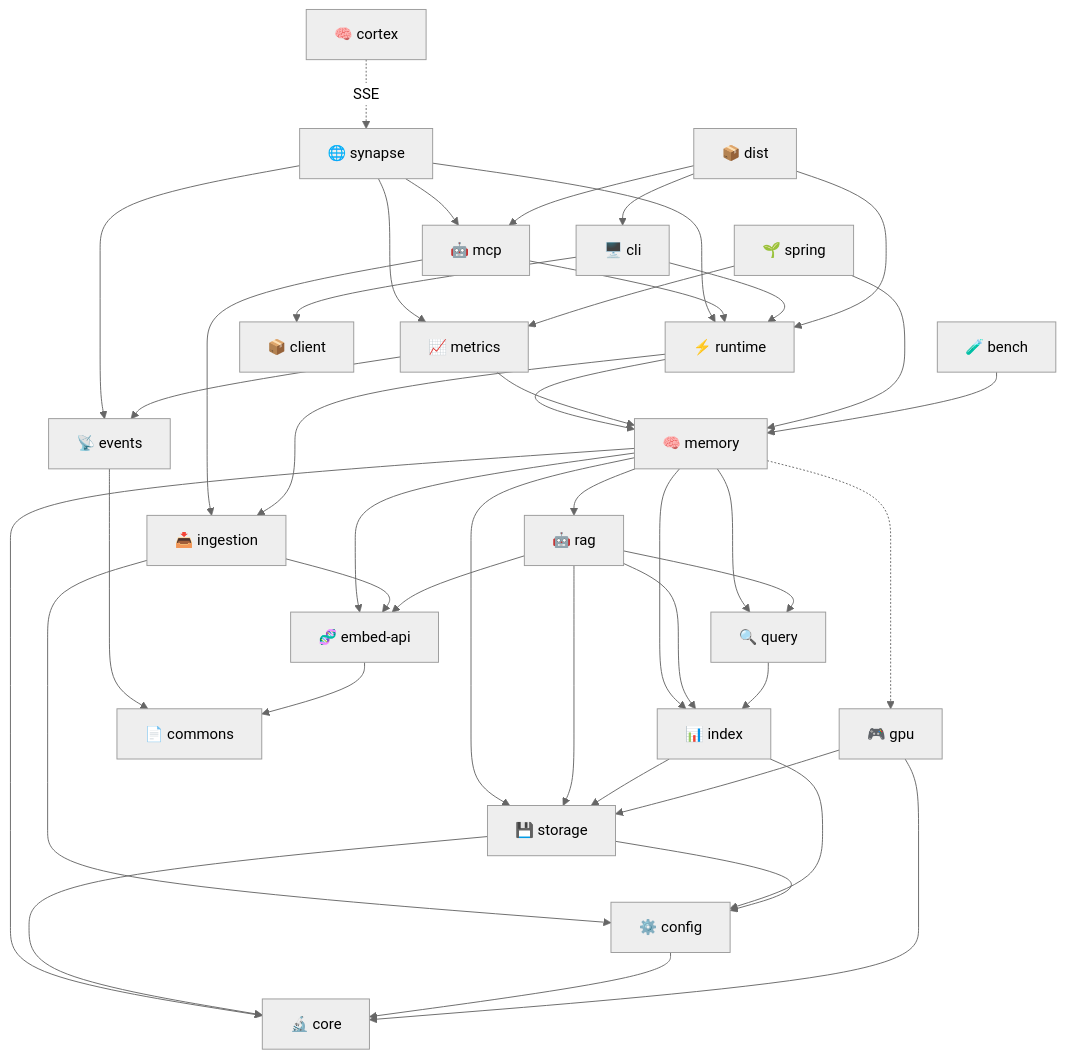
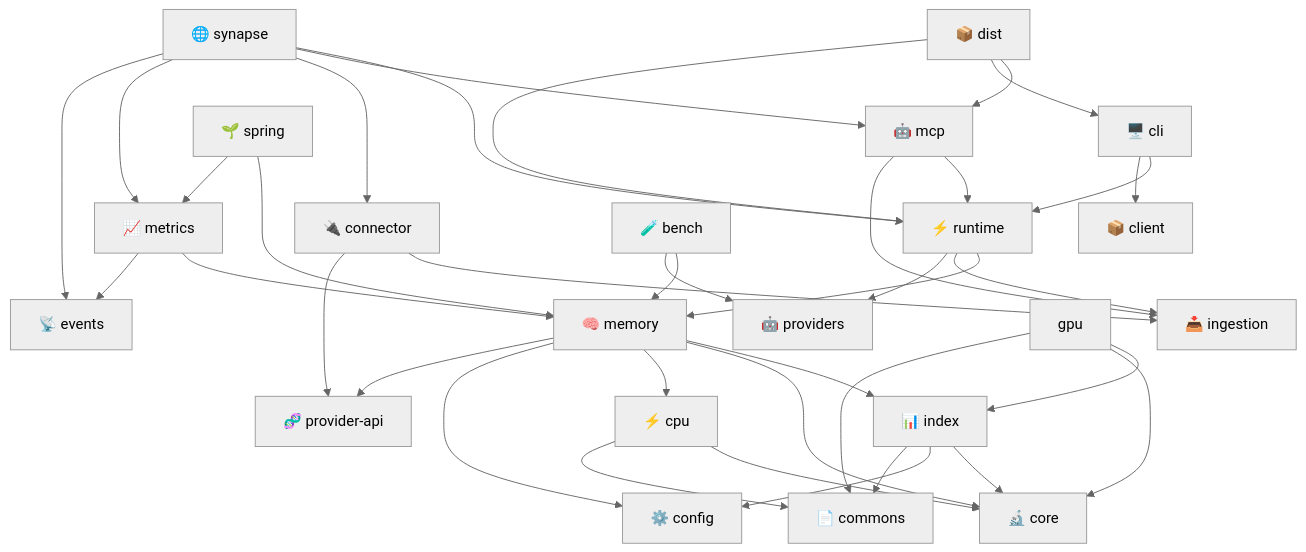
One commit to spectrayan/spector changed the second of 3 diagrams in docs/docs/modules/index.md. Above: the diagram before and after it, drawn with Mermaid (neutral theme). The commit also changed other lines of this file and 43 other files, not shown here.

First line of the commit message:
docs(architecture): update diagrams, module maps, and guides post storage/query decommissioning (#653)

````diff
--- a/docs/docs/modules/index.md
+++ b/docs/docs/modules/index.md
@@ -58,57 +57,49 @@
 ```mermaid
 graph TD
     synapseapp["🌐 synapse"] --> runtime["⚡ runtime"]
     synapseapp --> mcp["🤖 mcp"]
+    synapseapp --> connector["🔌 connector"]
     synapseapp --> metrics["📈 metrics"]
     synapseapp --> events["📡 events"]
     
     mcp --> runtime
     mcp --> ingestion["📥 ingestion"]
     cli["🖥️ cli"] --> runtime
     cli --> client["📦 client"]
 
     runtime --> memory["🧠 memory"]
     runtime --> ingestion
+    runtime --> providers["🤖 providers"]
 
-    memory --> query["🔍 query"]
     memory --> index["📊 index"]
-    memory --> storage["💾 storage"]
-    memory --> embedapi["🧬 embed-api"]
-    memory -.-> gpu["🎮 gpu"]
-    memory --> rag["🤖 rag"]
     memory --> core["🔬 core"]
+    memory --> cpu["⚡ cpu"]
+    memory --> config["⚙️ config"]
+    memory --> providerApi["🧬 provider-api"]
+
+    index --> core
+    index --> config
+    index --> commons["📄 commons"]
+
+    gpu --> index
+    gpu --> core
+    gpu --> commons
+
+    cpu --> core
+    cpu --> commons
 
     metrics --> memory
     metrics --> events
 
-    events --> commons["📄 commons"]
-
-    cortex["🧠 cortex"] -.->|SSE| synapseapp
-
-    ingestion --> config["⚙️ config"]
-    ingestion --> embedapi
-
-    rag --> query
-    rag --> index
-    rag --> storage
-    rag --> embedapi
-
-    query --> index
-    index --> storage
-    index --> config
-    storage --> config
-    storage --> core
-    config --> core
-
-    embedapi --> commons
-    gpu --> core
-    gpu --> storage
+    connector --> ingestion
+    connector --> providerApi
 
     dist["📦 dist"] --> mcp
     dist --> cli
     dist --> runtime
 
     spring["🌱 spring"] --> memory
     spring --> metrics
     bench["🧪 bench"] --> memory
+    bench --> providers
 ```
````
